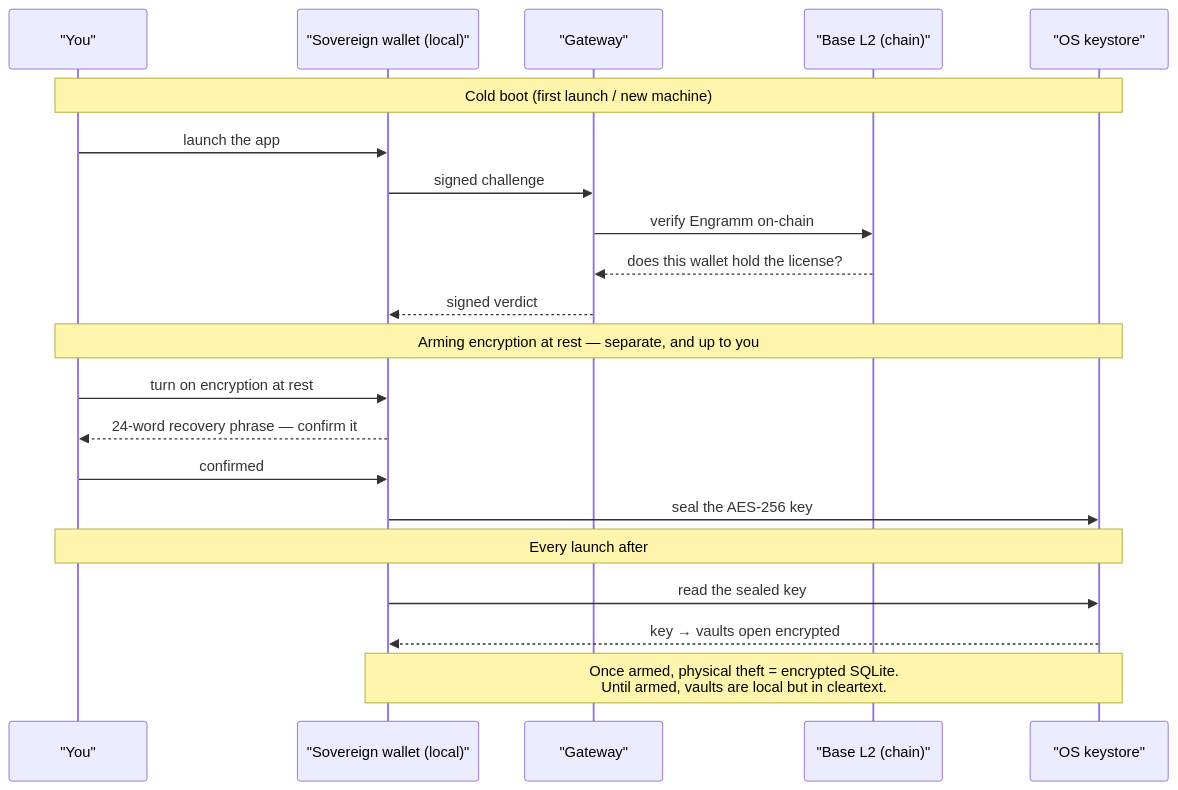
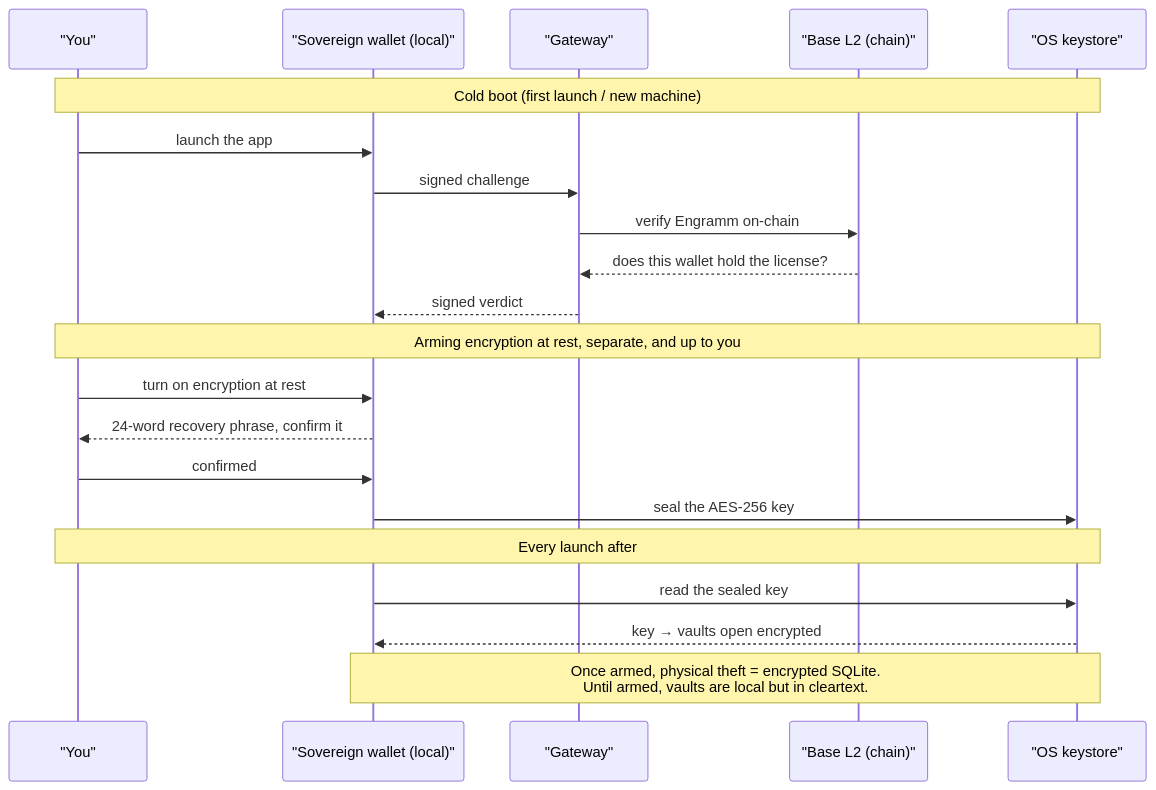
Before and after one commit to Mnemosyne-OS/Mnemosyne-Neural-OS: the third of 3 diagrams in README.md, drawn with Mermaid. The commit also changed other lines of this file, not shown here.

````diff
--- a/README.md
+++ b/README.md
@@ -497,27 +497,27 @@
 ```mermaid
 sequenceDiagram
     participant U as "You"
     participant W as "Sovereign wallet (local)"
     participant G as "Gateway"
     participant C as "Base L2 (chain)"
     participant T as "OS keystore"
 
     Note over U,T: Cold boot (first launch / new machine)
     U->>W: launch the app
     W->>G: signed challenge
     G->>C: verify Engramm on-chain
     C-->>G: does this wallet hold the license?
     G-->>W: signed verdict
 
-    Note over U,T: Arming encryption at rest — separate, and up to you
+    Note over U,T: Arming encryption at rest, separate, and up to you
     U->>W: turn on encryption at rest
-    W-->>U: 24-word recovery phrase — confirm it
+    W-->>U: 24-word recovery phrase, confirm it
     U->>W: confirmed
     W->>T: seal the AES-256 key
 
     Note over U,T: Every launch after
     W->>T: read the sealed key
     T-->>W: key → vaults open encrypted
 
     Note over W,T: Once armed, physical theft = encrypted SQLite.<br/>Until armed, vaults are local but in cleartext.
 ```
````
